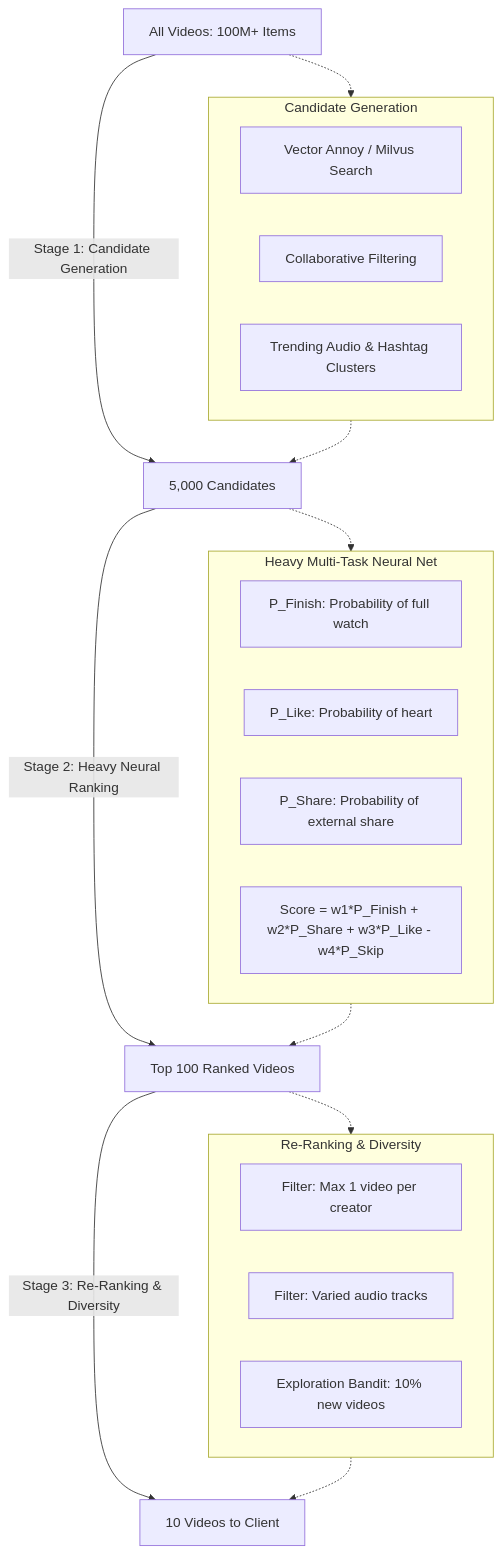
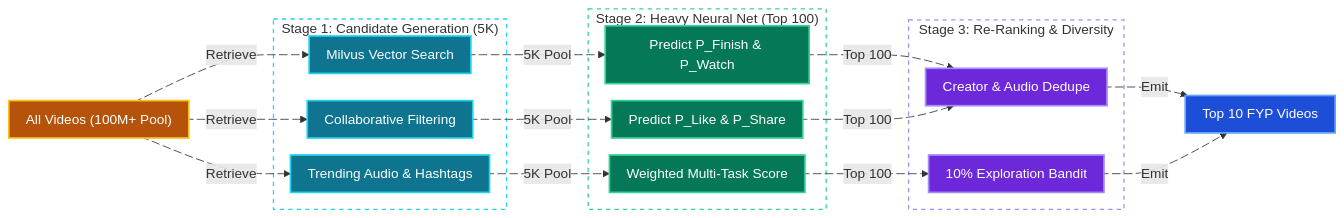
Before and after one commit to tarunbatta/tech-interview-prep: the second of 4 diagrams in system-design/tiktok.md, drawn with Mermaid. The commit also changed other lines of this file and 30 other files, not shown here.

First line of the commit message:
docs(system-design): convert Mermaid flowcharts to LR with colors and animated edges

````diff
--- a/system-design/tiktok.md
+++ b/system-design/tiktok.md
@@ -85,25 +128,60 @@
 ```mermaid
-flowchart TD
-    All["All Videos: 100M+ Items"] -->|"Stage 1: Candidate Generation"| Cand["5,000 Candidates"]
-    Cand -->|"Stage 2: Heavy Neural Ranking"| Ranked["Top 100 Ranked Videos"]
-    Ranked -->|"Stage 3: Re-Ranking & Diversity"| Final["10 Videos to Client"]
-    subgraph Stage1["Candidate Generation"]
-        V1["Vector Annoy / Milvus Search"]
+%%{init: {'flowchart': {'nodeSpacing': 20, 'rankSpacing': 40, 'padding': 10}}}%%
+flowchart LR
+    All["All Videos (100M+ Pool)"]
+    subgraph Stage1["Stage 1: Candidate Generation (5K)"]
+        V1["Milvus Vector Search"]
         V2["Collaborative Filtering"]
-        V3["Trending Audio & Hashtag Clusters"]
+        V3["Trending Audio & Hashtags"]
     end
-    All -.-> Stage1 -.-> Cand
-    subgraph Stage2["Heavy Multi-Task Neural Net"]
-        M1["P_Finish: Probability of full watch"]
-        M2["P_Like: Probability of heart"]
-        M3["P_Share: Probability of external share"]
-        Score["Score = w1*P_Finish + w2*P_Share + w3*P_Like - w4*P_Skip"]
+    subgraph Stage2["Stage 2: Heavy Neural Net (Top 100)"]
+        M1["Predict P_Finish & P_Watch"]
+        M2["Predict P_Like & P_Share"]
+        Score["Weighted Multi-Task Score"]
     end
-    Cand -.-> Stage2 -.-> Ranked
-    subgraph Stage3["Re-Ranking & Diversity"]
-        D1["Filter: Max 1 video per creator"]
-        D2["Filter: Varied audio tracks"]
-        D3["Exploration Bandit: 10% new videos"]
+    subgraph Stage3["Stage 3: Re-Ranking & Diversity"]
+        D1["Creator & Audio Dedupe"]
+        D2["10% Exploration Bandit"]
     end
-    Ranked -.-> Stage3 -.-> Final
+    Final["Top 10 FYP Videos"]
+
+    All e1@-->|"Retrieve"| V1
+    All e2@-->|"Retrieve"| V2
+    All e3@-->|"Retrieve"| V3
+    V1 e4@-->|"5K Pool"| M1
+    V2 e5@-->|"5K Pool"| M2
+    V3 e6@-->|"5K Pool"| Score
+    M1 e7@-->|"Top 100"| D1
+    M2 e8@-->|"Top 100"| D1
+    Score e9@-->|"Top 100"| D2
+    D1 e10@-->|"Emit"| Final
+    D2 e11@-->|"Emit"| Final
+
+    e1@{ animate: true }
+    e2@{ animate: true }
+    e3@{ animate: true }
+    e4@{ animate: true }
+    e5@{ animate: true }
+    e6@{ animate: true }
+    e7@{ animate: true }
+    e8@{ animate: true }
+    e9@{ animate: true }
+    e10@{ animate: true }
+    e11@{ animate: true }
+
+    classDef client fill:#1d4ed8,stroke:#60a5fa,stroke-width:2px,color:#ffffff
+    classDef edge fill:#6d28d9,stroke:#a78bfa,stroke-width:2px,color:#ffffff
+    classDef service fill:#047857,stroke:#34d399,stroke-width:2px,color:#ffffff
+    classDef worker fill:#0e7490,stroke:#22d3ee,stroke-width:2px,color:#ffffff
+    classDef storage fill:#b45309,stroke:#fbbf24,stroke-width:2px,color:#ffffff
+
+    class All storage
+    class V1,V2,V3 worker
+    class M1,M2,Score service
+    class D1,D2 edge
+    class Final client
+
+    style Stage1 fill:transparent,stroke:#22d3ee,stroke-width:1.5px,stroke-dasharray: 5 5
+    style Stage2 fill:transparent,stroke:#34d399,stroke-width:1.5px,stroke-dasharray: 5 5
+    style Stage3 fill:transparent,stroke:#a78bfa,stroke-width:1.5px,stroke-dasharray: 5 5
 ```
````
